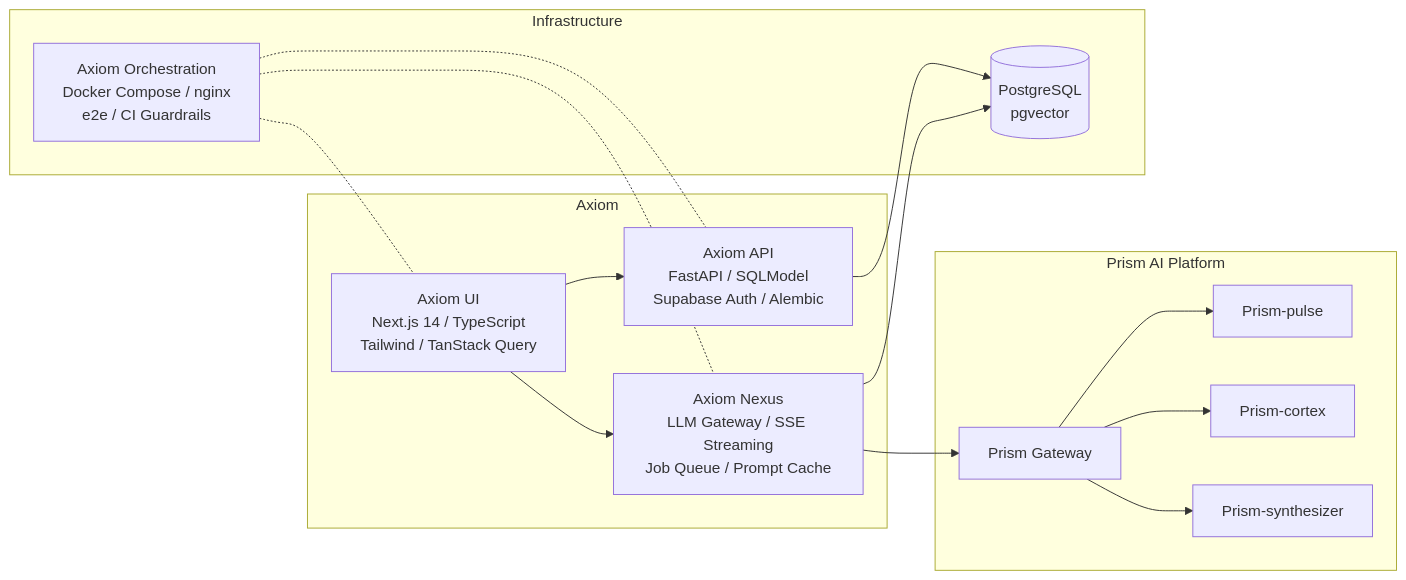
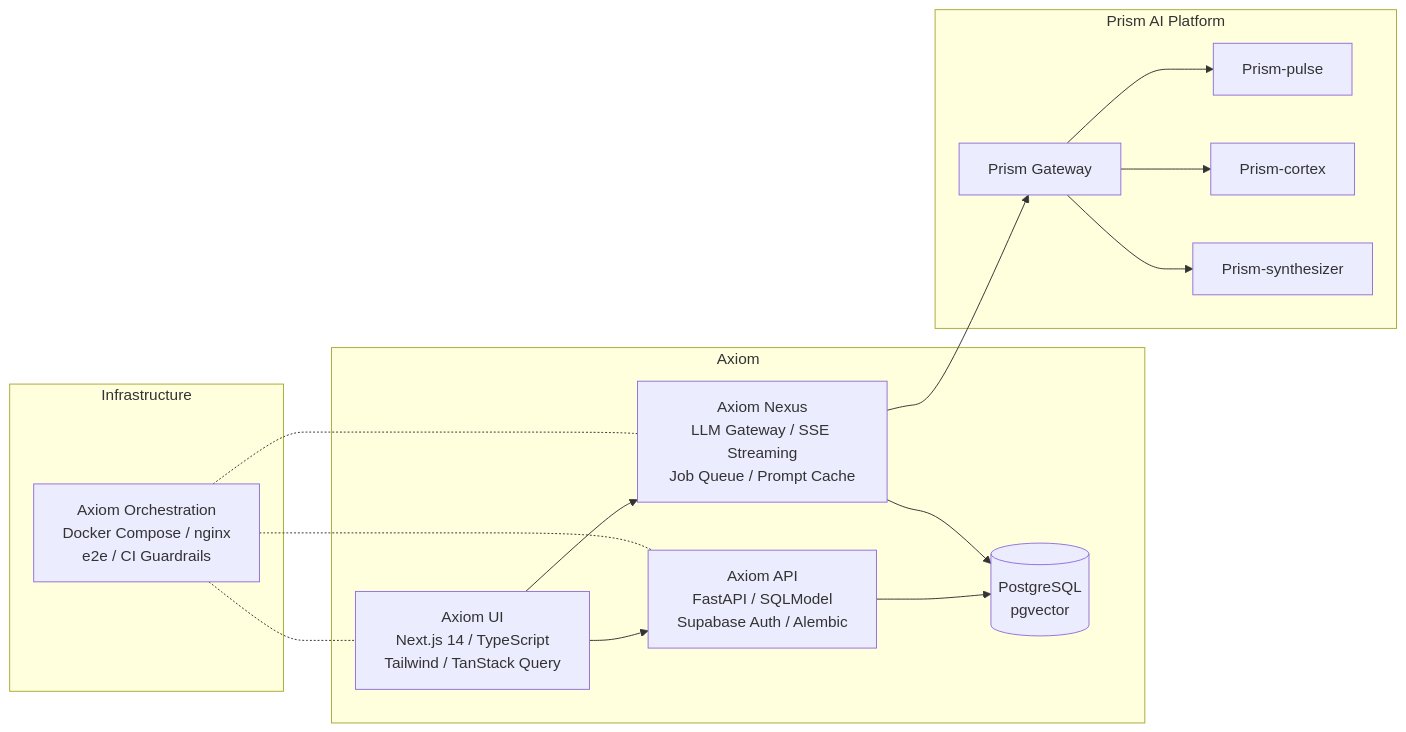
One commit to vsinghal3737/vsinghal3737 changed the second of 3 diagrams in README.md. Above: the diagram before and after it, drawn with Mermaid. The commit also changed other lines of this file, not shown here.

````diff
--- a/README.md
+++ b/README.md
@@ -44,28 +44,28 @@
 ```mermaid
 flowchart LR
     subgraph Axiom
         UI["Axiom UI<br/>Next.js 14 / TypeScript<br/>Tailwind / TanStack Query"]
         API["Axiom API<br/>FastAPI / SQLModel<br/>Supabase Auth / Alembic"]
         Nexus["Axiom Nexus<br/>LLM Gateway / SSE Streaming<br/>Job Queue / Prompt Cache"]
+        PG[("PostgreSQL<br/>pgvector")]
     end
 
     subgraph Prism["Prism AI Platform"]
         Gateway["Prism Gateway"]
         Pulse["Prism-pulse"]
         Cortex["Prism-cortex"]
         Synthesizer["Prism-synthesizer"]
     end
 
     subgraph Infra["Infrastructure"]
         Orch["Axiom Orchestration<br/>Docker Compose / nginx<br/>e2e / CI Guardrails"]
-        PG[("PostgreSQL<br/>pgvector")]
     end
 
     UI --> API
     UI --> Nexus
     Nexus --> Gateway
     Gateway --> Pulse & Cortex & Synthesizer
     API --> PG
     Nexus --> PG
     Orch -.- UI & API & Nexus
 ```
````
